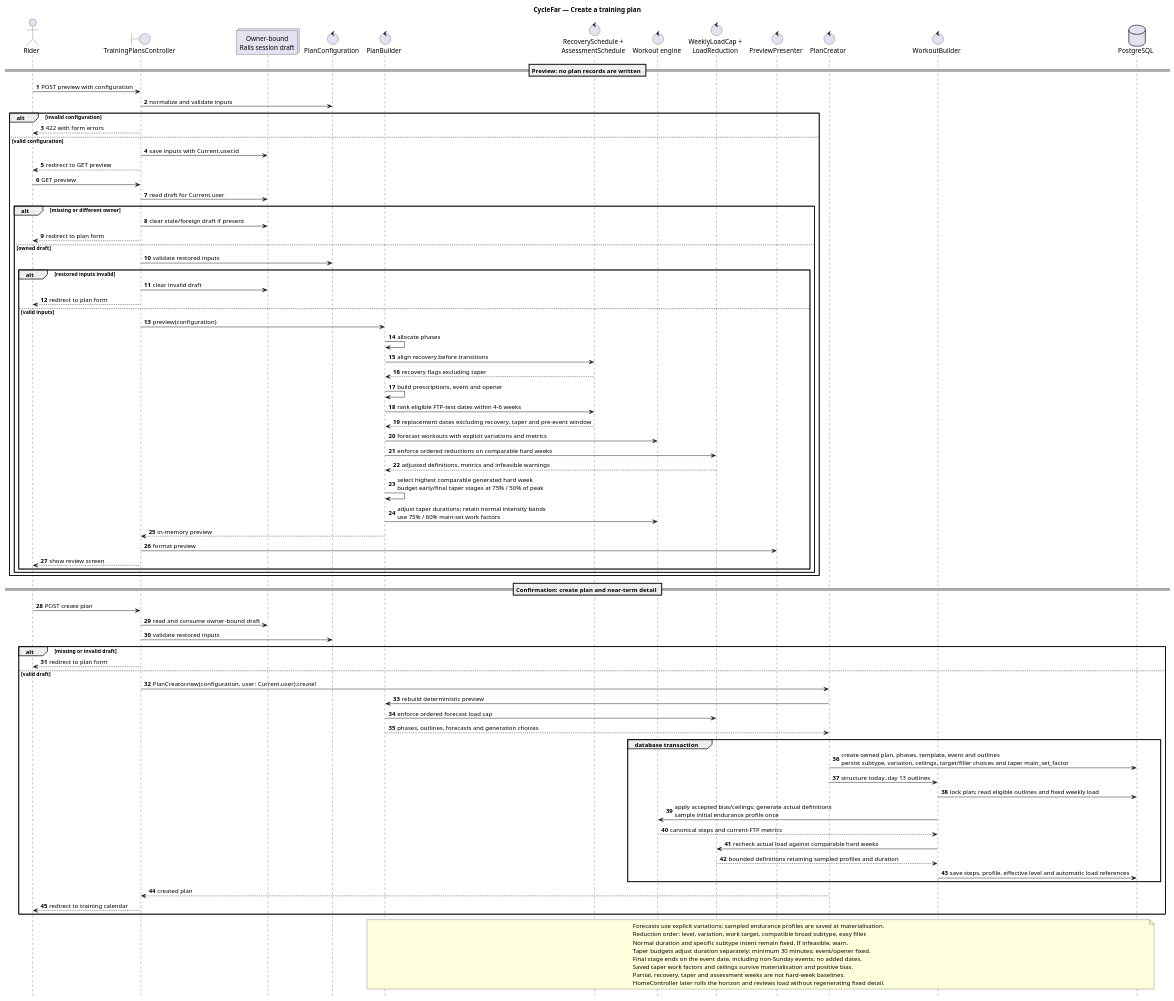
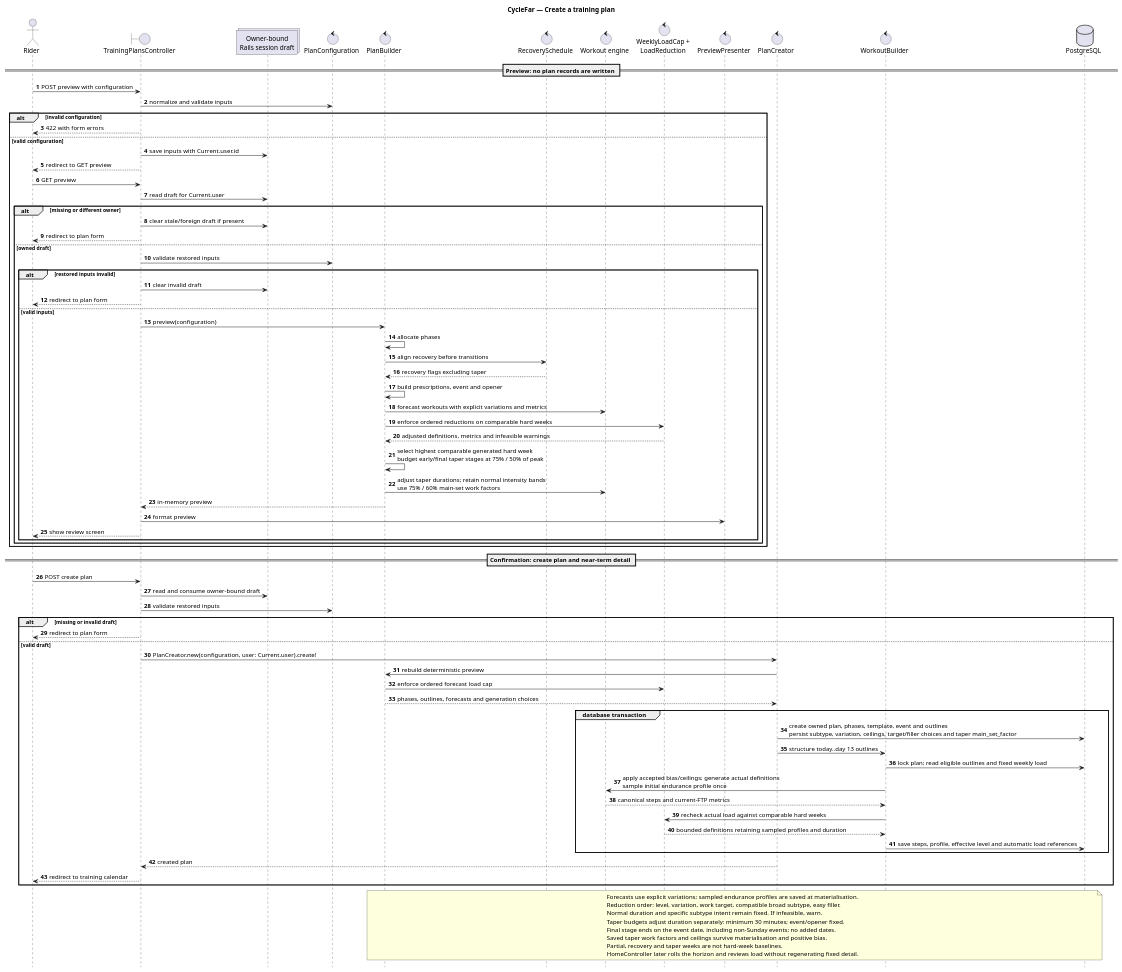
Before and after one commit to richardhartme/cyclefar: the diagram in docs/diagrams/sequence-cyclefar-plan-creation.puml, drawn with PlantUML. The commit also changed 61 other files, not shown here.

Commit message:
CYF-77 remove FTP-test scheduling and legacy test records

```diff
--- a/docs/diagrams/sequence-cyclefar-plan-creation.puml
+++ b/docs/diagrams/sequence-cyclefar-plan-creation.puml
@@ -1,93 +1,91 @@
 @startuml
 title CycleFar — Create a training plan
 
 autonumber
 hide footbox
 
 actor Rider
 boundary "TrainingPlansController" as Controller
 collections "Owner-bound\nRails session draft" as Draft
 control "PlanConfiguration" as Configuration
 control "PlanBuilder" as Builder
-control "RecoverySchedule +\nAssessmentSchedule" as ScheduleRules
+control "RecoverySchedule" as ScheduleRules
 control "Workout engine" as Engine
 control "WeeklyLoadCap +\nLoadReduction" as LoadRules
 control "PreviewPresenter" as Presenter
 control "PlanCreator" as Creator
 control "WorkoutBuilder" as Materializer
 database "PostgreSQL" as Database
 
 == Preview: no plan records are written ==
 Rider -> Controller: POST preview with configuration
 Controller -> Configuration: normalize and validate inputs
 alt invalid configuration
   Controller --> Rider: 422 with form errors
 else valid configuration
   Controller -> Draft: save inputs with Current.user.id
   Controller --> Rider: redirect to GET preview
   Rider -> Controller: GET preview
   Controller -> Draft: read draft for Current.user
   alt missing or different owner
     Controller -> Draft: clear stale/foreign draft if present
     Controller --> Rider: redirect to plan form
   else owned draft
     Controller -> Configuration: validate restored inputs
     alt restored inputs invalid
       Controller -> Draft: clear invalid draft
       Controller --> Rider: redirect to plan form
     else valid inputs
       Controller -> Builder: preview(configuration)
       Builder -> Builder: allocate phases
       Builder -> ScheduleRules: align recovery before transitions
       ScheduleRules --> Builder: recovery flags excluding taper
       Builder -> Builder: build prescriptions, event and opener
-      Builder -> ScheduleRules: rank eligible FTP-test dates within 4-6 weeks
-      ScheduleRules --> Builder: replacement dates excluding recovery, taper and pre-event window
       Builder -> Engine: forecast workouts with explicit variations and metrics
       Builder -> LoadRules: enforce ordered reductions on comparable hard weeks
       LoadRules --> Builder: adjusted definitions, metrics and infeasible warnings
       Builder -> Builder: select highest comparable generated hard week\nbudget early/final taper stages at 75% / 50% of peak
       Builder -> Engine: adjust taper durations; retain normal intensity bands\nuse 75% / 60% main-set work factors
       Builder --> Controller: in-memory preview
       Controller -> Presenter: format preview
       Controller --> Rider: show review screen
     end
   end
 end
 
 == Confirmation: create plan and near-term detail ==
 Rider -> Controller: POST create plan
 Controller -> Draft: read and consume owner-bound draft
 Controller -> Configuration: validate restored inputs
 alt missing or invalid draft
   Controller --> Rider: redirect to plan form
 else valid draft
   Controller -> Creator: PlanCreator.new(configuration, user: Current.user).create!
   Creator -> Builder: rebuild deterministic preview
   Builder -> LoadRules: enforce ordered forecast load cap
   Builder --> Creator: phases, outlines, forecasts and generation choices
   group database transaction
     Creator -> Database: create owned plan, phases, template, event and outlines\npersist subtype, variation, ceilings, target/filler choices and taper main_set_factor
     Creator -> Materializer: structure today..day 13 outlines
     Materializer -> Database: lock plan; read eligible outlines and fixed weekly load
     Materializer -> Engine: apply accepted bias/ceilings; generate actual definitions\nsample initial endurance profile once
     Engine --> Materializer: canonical steps and current-FTP metrics
     Materializer -> LoadRules: recheck actual load against comparable hard weeks
     LoadRules --> Materializer: bounded definitions retaining sampled profiles and duration
     Materializer -> Database: save steps, profile, effective level and automatic load references
   end
   Creator --> Controller: created plan
   Controller --> Rider: redirect to training calendar
 end
 
 note over Builder, Database
   Forecasts use explicit variations; sampled endurance profiles are saved at materialisation.
   Reduction order: level, variation, work target, compatible broad subtype, easy filler.
   Normal duration and specific subtype intent remain fixed. If infeasible, warn.
   Taper budgets adjust duration separately: minimum 30 minutes; event/opener fixed.
   Final stage ends on the event date, including non-Sunday events; no added dates.
   Saved taper work factors and ceilings survive materialisation and positive bias.
-  Partial, recovery, taper and assessment weeks are not hard-week baselines.
+  Partial, recovery and taper weeks are not hard-week baselines.
   HomeController later rolls the horizon and reviews load without regenerating fixed detail.
 end note
 @enduml
```
